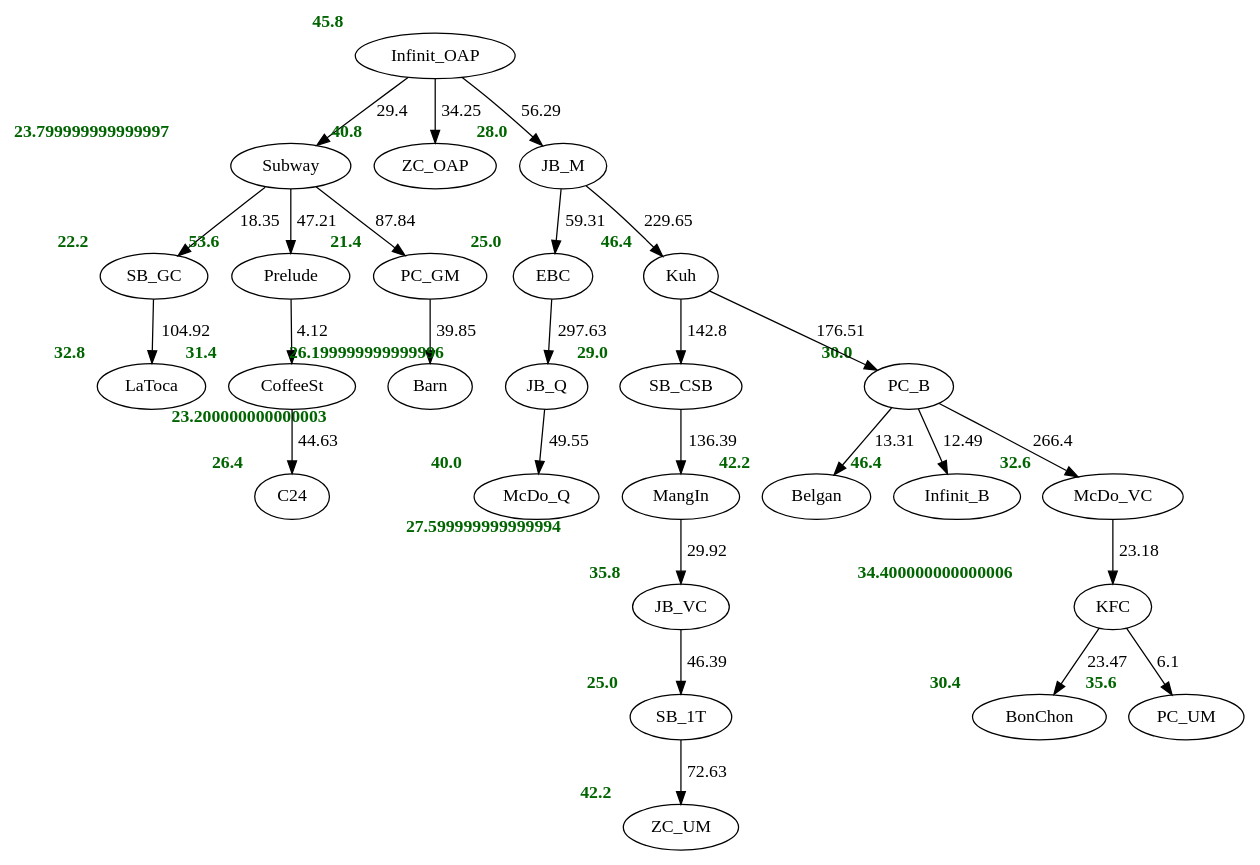
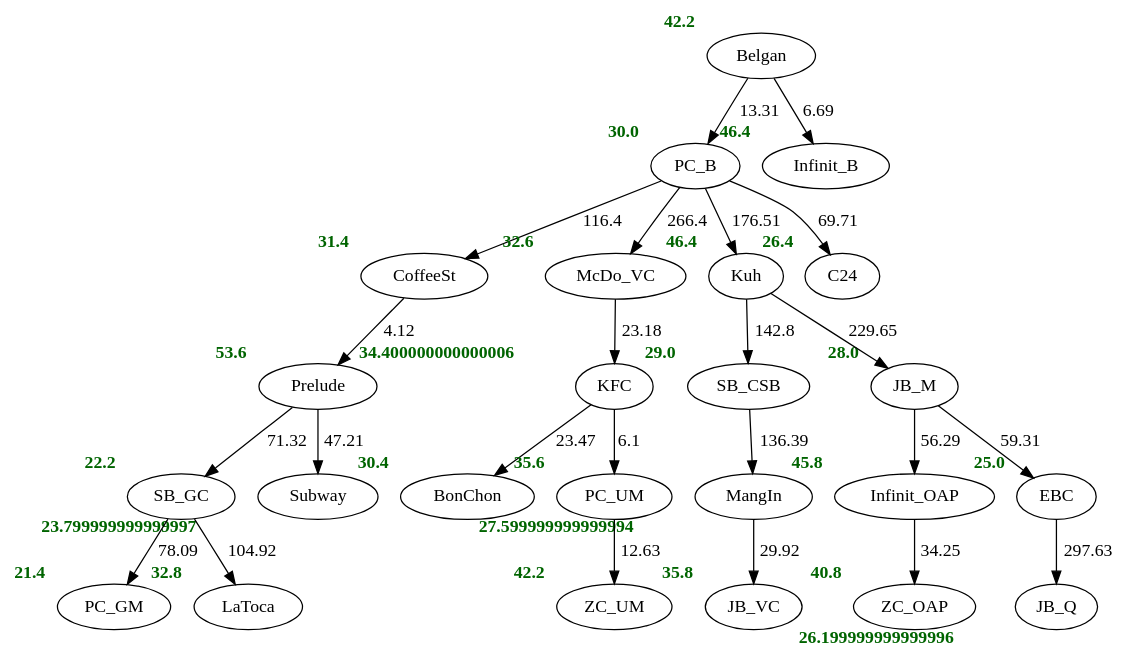
Before and after one commit to diego-yason/csintsy-mco1: the diagram in results/trees/bfs.gv, drawn with Graphviz. The commit also changed 14 other files, not shown here.

```diff
--- a/results/trees/bfs.gv
+++ b/results/trees/bfs.gv
@@ -1,55 +1,49 @@
 digraph G {
-Infinit_OAP [xlabel=<<font color="darkgreen"><B>45.8</B></font>>];
-Subway [xlabel=<<font color="darkgreen"><B>23.799999999999997</B></font>>];
-ZC_OAP [xlabel=<<font color="darkgreen"><B>40.8</B></font>>];
+Belgan [xlabel=<<font color="darkgreen"><B>42.2</B></font>>];
+PC_B [xlabel=<<font color="darkgreen"><B>30.0</B></font>>];
+Infinit_B [xlabel=<<font color="darkgreen"><B>46.4</B></font>>];
+CoffeeSt [xlabel=<<font color="darkgreen"><B>31.4</B></font>>];
+McDo_VC [xlabel=<<font color="darkgreen"><B>32.6</B></font>>];
+Kuh [xlabel=<<font color="darkgreen"><B>46.4</B></font>>];
+C24 [xlabel=<<font color="darkgreen"><B>26.4</B></font>>];
+Prelude [xlabel=<<font color="darkgreen"><B>53.6</B></font>>];
+KFC [xlabel=<<font color="darkgreen"><B>34.400000000000006</B></font>>];
+SB_CSB [xlabel=<<font color="darkgreen"><B>29.0</B></font>>];
 JB_M [xlabel=<<font color="darkgreen"><B>28.0</B></font>>];
 SB_GC [xlabel=<<font color="darkgreen"><B>22.2</B></font>>];
-Prelude [xlabel=<<font color="darkgreen"><B>53.6</B></font>>];
-PC_GM [xlabel=<<font color="darkgreen"><B>21.4</B></font>>];
-EBC [xlabel=<<font color="darkgreen"><B>25.0</B></font>>];
-Kuh [xlabel=<<font color="darkgreen"><B>46.4</B></font>>];
-LaToca [xlabel=<<font color="darkgreen"><B>32.8</B></font>>];
-CoffeeSt [xlabel=<<font color="darkgreen"><B>31.4</B></font>>];
-Barn [xlabel=<<font color="darkgreen"><B>23.200000000000003</B></font>>];
-JB_Q [xlabel=<<font color="darkgreen"><B>26.199999999999996</B></font>>];
-SB_CSB [xlabel=<<font color="darkgreen"><B>29.0</B></font>>];
-PC_B [xlabel=<<font color="darkgreen"><B>30.0</B></font>>];
-C24 [xlabel=<<font color="darkgreen"><B>26.4</B></font>>];
-McDo_Q [xlabel=<<font color="darkgreen"><B>40.0</B></font>>];
-MangIn [xlabel=<<font color="darkgreen"><B>27.599999999999994</B></font>>];
-Belgan [xlabel=<<font color="darkgreen"><B>42.2</B></font>>];
-Infinit_B [xlabel=<<font color="darkgreen"><B>46.4</B></font>>];
-McDo_VC [xlabel=<<font color="darkgreen"><B>32.6</B></font>>];
-JB_VC [xlabel=<<font color="darkgreen"><B>35.8</B></font>>];
-KFC [xlabel=<<font color="darkgreen"><B>34.400000000000006</B></font>>];
-SB_1T [xlabel=<<font color="darkgreen"><B>25.0</B></font>>];
+Subway [xlabel=<<font color="darkgreen"><B>23.799999999999997</B></font>>];
 BonChon [xlabel=<<font color="darkgreen"><B>30.4</B></font>>];
 PC_UM [xlabel=<<font color="darkgreen"><B>35.6</B></font>>];
+MangIn [xlabel=<<font color="darkgreen"><B>27.599999999999994</B></font>>];
+Infinit_OAP [xlabel=<<font color="darkgreen"><B>45.8</B></font>>];
+EBC [xlabel=<<font color="darkgreen"><B>25.0</B></font>>];
+PC_GM [xlabel=<<font color="darkgreen"><B>21.4</B></font>>];
+LaToca [xlabel=<<font color="darkgreen"><B>32.8</B></font>>];
 ZC_UM [xlabel=<<font color="darkgreen"><B>42.2</B></font>>];
-Infinit_OAP -> Subway [label="29.4"];
-Infinit_OAP -> ZC_OAP [label="34.25"];
-Infinit_OAP -> JB_M [label="56.29"];
-Subway -> SB_GC [label="18.35"];
-Subway -> Prelude [label="47.21"];
-Subway -> PC_GM [label="87.84"];
-JB_M -> EBC [label="59.31"];
-JB_M -> Kuh [label="229.65"];
-SB_GC -> LaToca [label="104.92"];
-Prelude -> CoffeeSt [label="4.12"];
-PC_GM -> Barn [label="39.85"];
-EBC -> JB_Q [label="297.63"];
+JB_VC [xlabel=<<font color="darkgreen"><B>35.8</B></font>>];
+ZC_OAP [xlabel=<<font color="darkgreen"><B>40.8</B></font>>];
+JB_Q [xlabel=<<font color="darkgreen"><B>26.199999999999996</B></font>>];
+Belgan -> PC_B [label="13.31"];
+Belgan -> Infinit_B [label="6.69"];
+PC_B -> CoffeeSt [label="116.4"];
+PC_B -> McDo_VC [label="266.4"];
+PC_B -> Kuh [label="176.51"];
+PC_B -> C24 [label="69.71"];
+CoffeeSt -> Prelude [label="4.12"];
+McDo_VC -> KFC [label="23.18"];
 Kuh -> SB_CSB [label="142.8"];
-Kuh -> PC_B [label="176.51"];
-CoffeeSt -> C24 [label="44.63"];
-JB_Q -> McDo_Q [label="49.55"];
-SB_CSB -> MangIn [label="136.39"];
-PC_B -> Belgan [label="13.31"];
-PC_B -> Infinit_B [label="12.49"];
-PC_B -> McDo_VC [label="266.4"];
-MangIn -> JB_VC [label="29.92"];
-McDo_VC -> KFC [label="23.18"];
-JB_VC -> SB_1T [label="46.39"];
+Kuh -> JB_M [label="229.65"];
+Prelude -> SB_GC [label="71.32"];
+Prelude -> Subway [label="47.21"];
 KFC -> BonChon [label="23.47"];
 KFC -> PC_UM [label="6.1"];
-SB_1T -> ZC_UM [label="72.63"];
+SB_CSB -> MangIn [label="136.39"];
+JB_M -> Infinit_OAP [label="56.29"];
+JB_M -> EBC [label="59.31"];
+SB_GC -> PC_GM [label="78.09"];
+SB_GC -> LaToca [label="104.92"];
+PC_UM -> ZC_UM [label="12.63"];
+MangIn -> JB_VC [label="29.92"];
+Infinit_OAP -> ZC_OAP [label="34.25"];
+EBC -> JB_Q [label="297.63"];
 }
```
